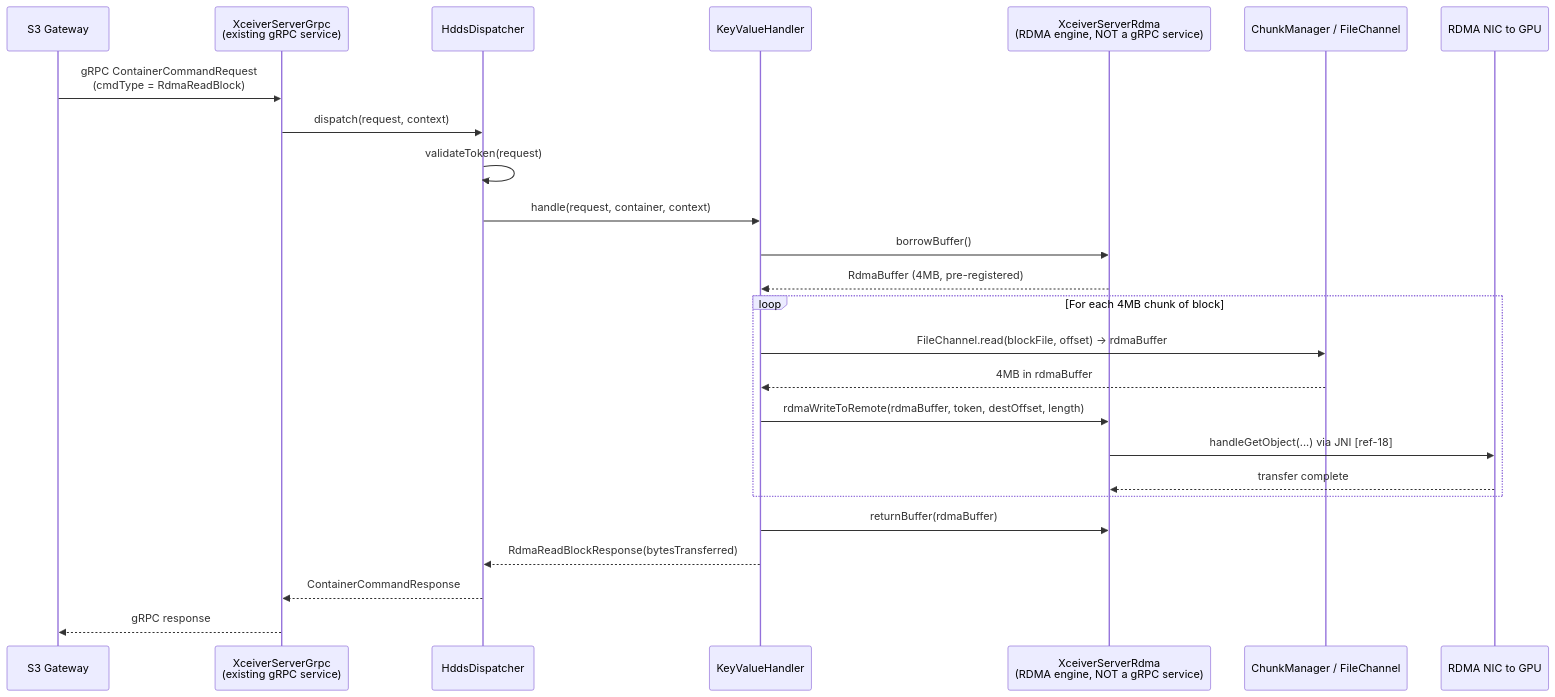
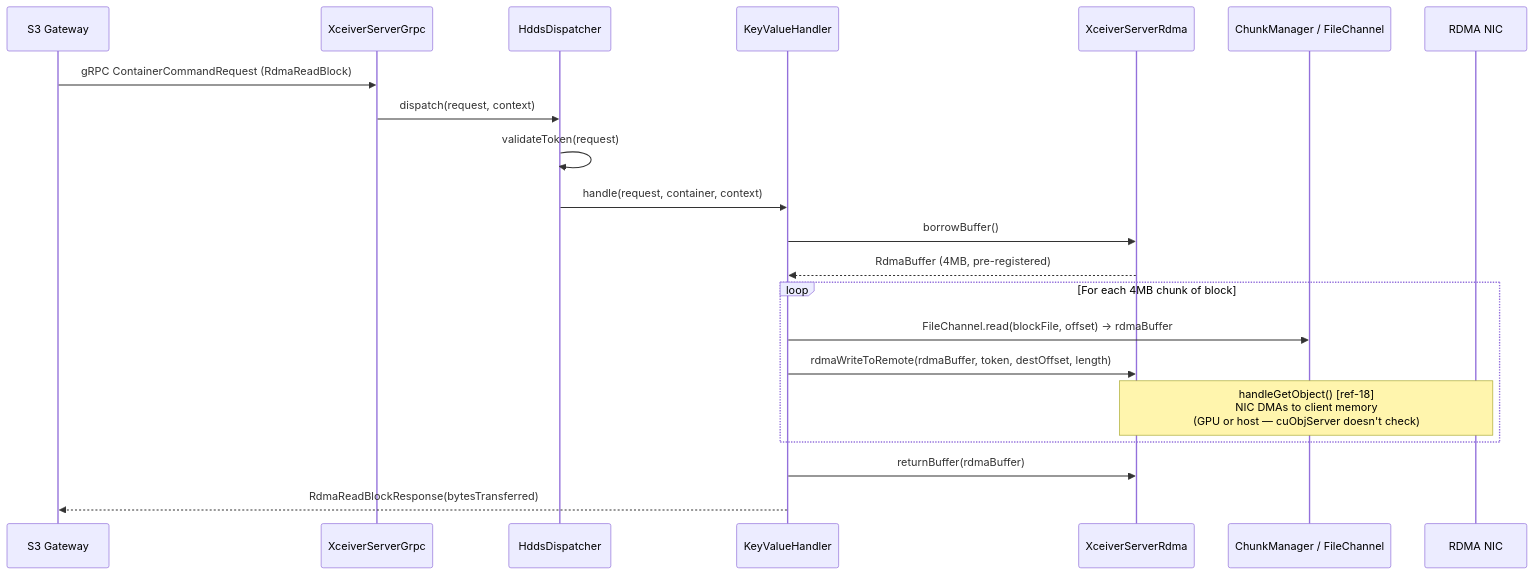
Before and after one commit to ptlrs/ozone: the ninth of 10 diagrams in docs/gds-dn-direct-rdma-implementation-spec.md, drawn with Mermaid. The commit also changed other lines of this file and 1 other file, not shown here.

Commit message:
GPUDIRECT. Update GPUDirect Storage spec to v7.0 with dual-mode GPU/host-memory RDMA support, extended cloud deployment recommendations, and updated architectural flow diagrams

````diff
--- a/docs/gds-dn-direct-rdma-implementation-spec.md
+++ b/docs/gds-dn-direct-rdma-implementation-spec.md
@@ -470,30 +608,26 @@
 ```mermaid
 sequenceDiagram
   participant GW as S3 Gateway
-  participant GRPC as XceiverServerGrpc<br/>(existing gRPC service)
+  participant GRPC as XceiverServerGrpc
   participant Disp as HddsDispatcher
   participant KVH as KeyValueHandler
-  participant RDMA as XceiverServerRdma<br/>(RDMA engine, NOT a gRPC service)
+  participant RDMA as XceiverServerRdma
   participant Disk as ChunkManager / FileChannel
-  participant NIC as RDMA NIC to GPU
+  participant NIC as RDMA NIC
 
-  GW ->> GRPC: gRPC ContainerCommandRequest<br/>(cmdType = RdmaReadBlock)
+  GW ->> GRPC: gRPC ContainerCommandRequest (RdmaReadBlock)
   GRPC ->> Disp: dispatch(request, context)
   Disp ->> Disp: validateToken(request)
   Disp ->> KVH: handle(request, container, context)
   KVH ->> RDMA: borrowBuffer()
   RDMA -->> KVH: RdmaBuffer (4MB, pre-registered)
 
   loop For each 4MB chunk of block
-    KVH ->> Disk: FileChannel.read(blockFile, offset) -> rdmaBuffer
-    Disk -->> KVH: 4MB in rdmaBuffer
+    KVH ->> Disk: FileChannel.read(blockFile, offset) → rdmaBuffer
     KVH ->> RDMA: rdmaWriteToRemote(rdmaBuffer, token, destOffset, length)
-    RDMA ->> NIC: handleGetObject(...) via JNI [ref-18]
-    NIC -->> RDMA: transfer complete
+    Note over RDMA,NIC: handleGetObject() [ref-18]<br/>NIC DMAs to client memory<br/>(GPU or host — cuObjServer doesn't check)
   end
 
   KVH ->> RDMA: returnBuffer(rdmaBuffer)
-  KVH -->> Disp: RdmaReadBlockResponse(bytesTransferred)
-  Disp -->> GRPC: ContainerCommandResponse
-  GRPC -->> GW: gRPC response
+  KVH -->> GW: RdmaReadBlockResponse(bytesTransferred)
 ```
````
